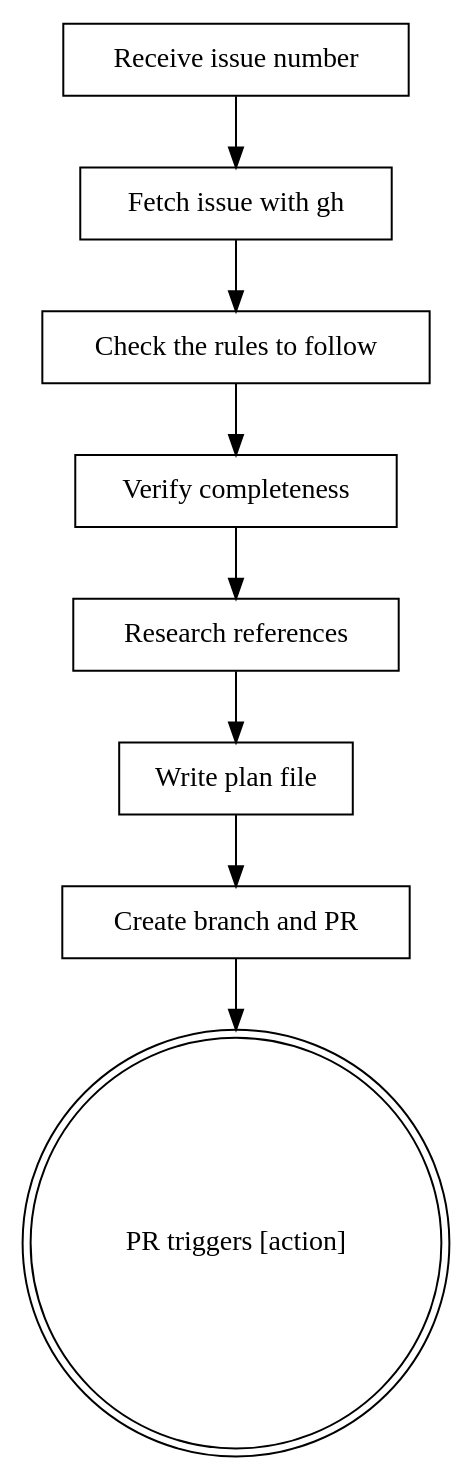
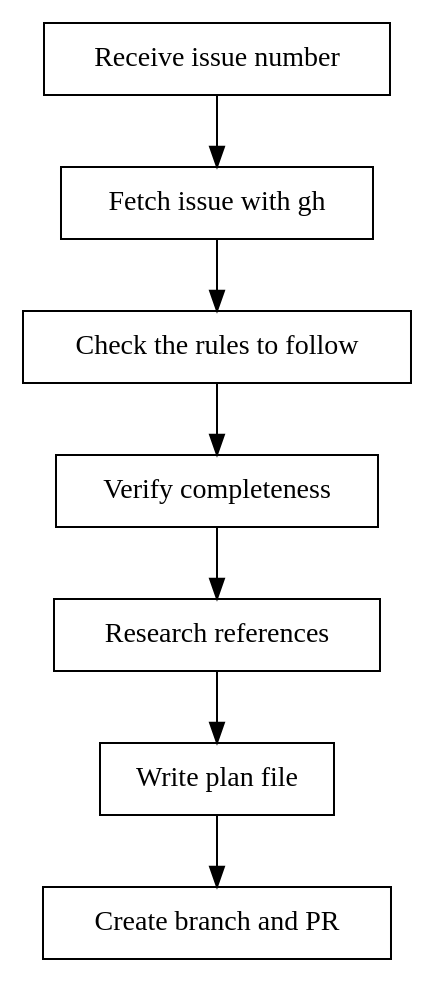
Before and after one commit to CodingThrust/problem-reductions: the diagram in .claude/skills/issue-to-pr.md, drawn with Graphviz. The commit also changed other lines of this file and 1 other file, not shown here.

````diff
--- a/.claude/skills/issue-to-pr.md
+++ b/.claude/skills/issue-to-pr.md
@@ -18,20 +12,18 @@
 ```dot
 digraph issue_to_pr {
     "Receive issue number" [shape=box];
     "Fetch issue with gh" [shape=box];
     "Check the rules to follow" [shape=box];
     "Verify completeness" [shape=box];
     "Research references" [shape=box];
     "Write plan file" [shape=box];
     "Create branch and PR" [shape=box];
-    "PR triggers [action]" [shape=doublecircle];
 
     "Receive issue number" -> "Fetch issue with gh";
     "Fetch issue with gh" -> "Check the rules to follow";
     "Check the rules to follow" -> "Verify completeness";
     "Verify completeness" -> "Research references";
     "Research references" -> "Write plan file";
     "Write plan file" -> "Create branch and PR";
-    "Create branch and PR" -> "PR triggers [action]";
 }
 ```
````
